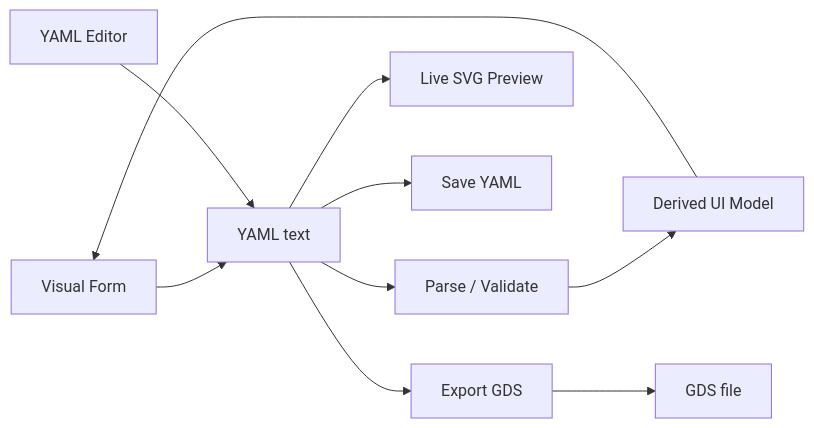
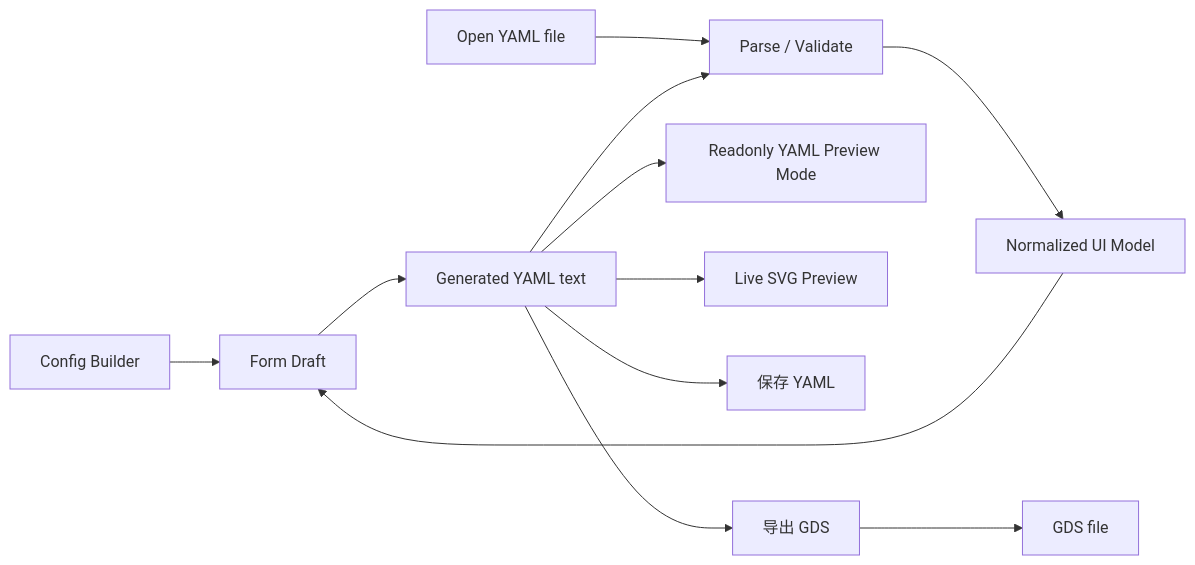
The second of 2 diagrams in docs/refactor/frontend/frontend-architecture.md (yyihuan/Summer-GDS), drawn with Mermaid before and after one commit. The commit also changed other lines of this file and 10 other files, not shown here.

````diff
--- a/docs/refactor/frontend/frontend-architecture.md
+++ b/docs/refactor/frontend/frontend-architecture.md
@@ -250,12 +292,14 @@
 ```mermaid
 flowchart LR
-  UI[Visual Form] --> Y[YAML text]
-  YE[YAML Editor] --> Y
+  UI[Config Builder] --> Draft[Form Draft]
+  Draft --> Y[Generated YAML text]
+  Open[Open YAML file] --> Parse[Parse / Normalize]
   Y --> Parse[Parse / Validate]
-  Parse --> Model[Derived UI Model]
-  Model --> UI
+  Parse --> Model[Normalized UI Model]
+  Model --> Draft
+  Y --> Inspect[Readonly YAML Preview Mode]
   Y --> SVG[Live SVG Preview]
-  Y --> SaveYaml[Save YAML]
-  Y --> ExportGds[Export GDS]
+  Y --> SaveYaml[保存 YAML]
+  Y --> ExportGds[导出 GDS]
   ExportGds --> GDS[GDS file]
 ```
````
